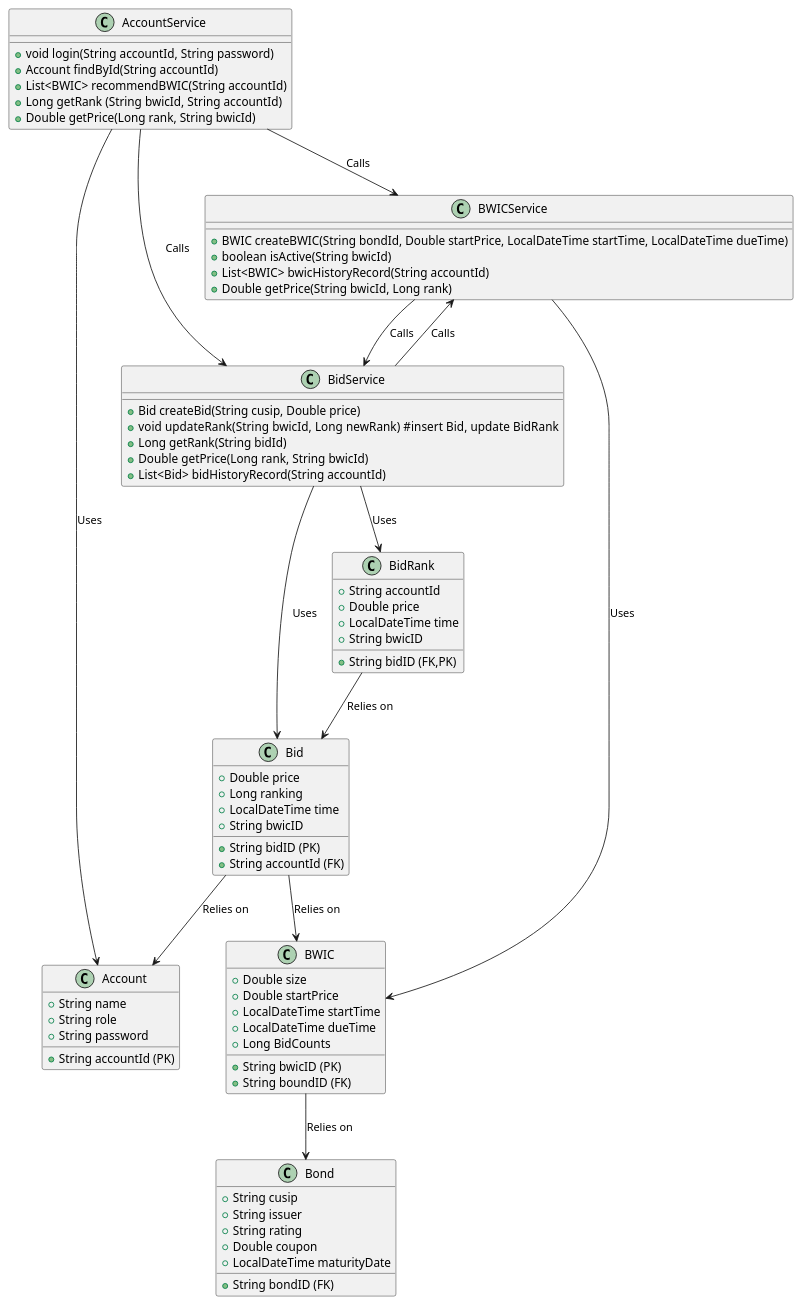
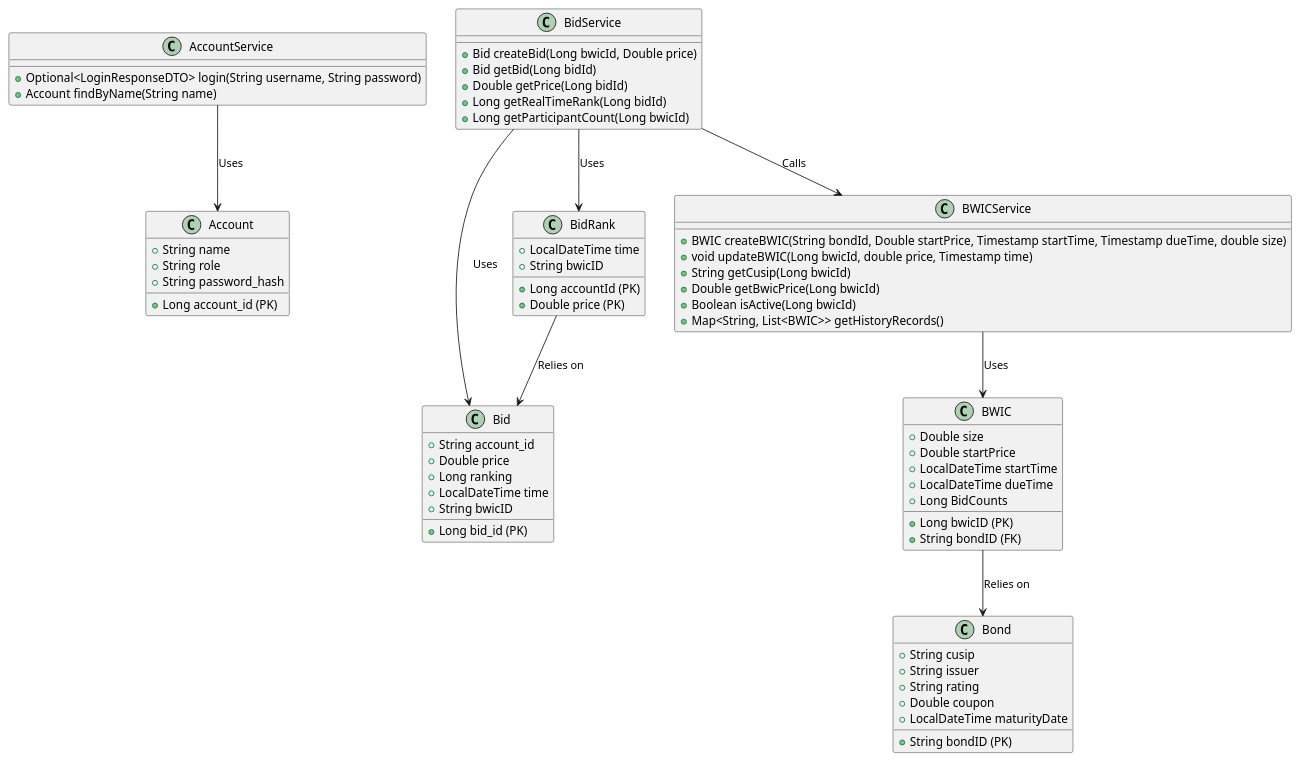
One commit to Zzz212zzZ/ebidding changed the diagram in diagram.wsd. Above: the diagram before and after it, drawn with PlantUML. The commit also changed 8 other files, not shown here.

```diff
--- a/diagram.wsd
+++ b/diagram.wsd
@@ -1,82 +1,79 @@
 @startuml
 
 Class Account {
-  +String accountId (PK)
+  +Long account_id (PK)
   +String name
   +String role
-  +String password
+  +String password_hash
 }
 
 Class Bid {
-  +String bidID (PK)
-  +String accountId (FK)
+  +Long bid_id (PK)
+  +String account_id
   +Double price
   +Long ranking
   +LocalDateTime time
   +String bwicID
 }
 
 class BidRank {
-  +String bidID (FK,PK)
-  +String accountId
-  +Double price
+  +Long accountId (PK)
+  +Double price (PK)
   +LocalDateTime time
   +String bwicID
 }
 
 Class BWIC {
-  +String bwicID (PK)
-  +String boundID (FK)
+  +Long bwicID (PK)
+  +String bondID (FK)
   +Double size
   +Double startPrice
   +LocalDateTime startTime
   +LocalDateTime dueTime
   +Long BidCounts
 }
 
 Class Bond {
-  +String bondID (FK)
+  +String bondID (PK)
   +String cusip 
   +String issuer
   +String rating
   +Double coupon
   +LocalDateTime maturityDate
 }
 
 Class AccountService {
-  +void login(String accountId, String password)
-  +Account findById(String accountId)
-  +List<BWIC> recommendBWIC(String accountId)
-  +Long getRank (String bwicId, String accountId)
-  +Double getPrice(Long rank, String bwicId)
+  +Optional<LoginResponseDTO> login(String username, String password)
+  +Account findByName(String name)
 }
 
+
 Class BidService {
-  +Bid createBid(String cusip, Double price)
-  +void updateRank(String bwicId, Long newRank)  #insert Bid, update BidRank
-  +Long getRank(String bidId)
-  +Double getPrice(Long rank, String bwicId)
-  +List<Bid> bidHistoryRecord(String accountId)
+  +Bid createBid(Long bwicId, Double price)
+  +Bid getBid(Long bidId)
+  +Double getPrice(Long bidId)
+  +Long getRealTimeRank(Long bidId)
+  +Long getParticipantCount(Long bwicId)
 }
 
+
 Class BWICService {
-  +BWIC createBWIC(String bondId, Double startPrice, LocalDateTime startTime, LocalDateTime dueTime)
-  +boolean isActive(String bwicId)
-  +List<BWIC> bwicHistoryRecord(String accountId)
-  +Double getPrice(String bwicId, Long rank)
+  +BWIC createBWIC(String bondId, Double startPrice, Timestamp startTime, Timestamp dueTime, double size)
+  +void updateBWIC(Long bwicId, double price, Timestamp time)
+  +String getCusip(Long bwicId)
+  +Double getBwicPrice(Long bwicId)
+  +Boolean isActive(Long bwicId)
+  +Map<String, List<BWIC>> getHistoryRecords()
 }
+
 
 AccountService --> Account : Uses
 BidService --> Bid : Uses
 BidService --> BidRank : Uses
 BWICService --> BWIC : Uses
 BidService --> BWICService : Calls
-BWICService --> BidService : Calls
-Bid --> BWIC : Relies on
-Bid --> Account : Relies on
 BidRank --> Bid : Relies on
 BWIC --> Bond : Relies on
-AccountService --> BWICService : Calls
-AccountService --> BidService : Calls
+
 
 @enduml
```
